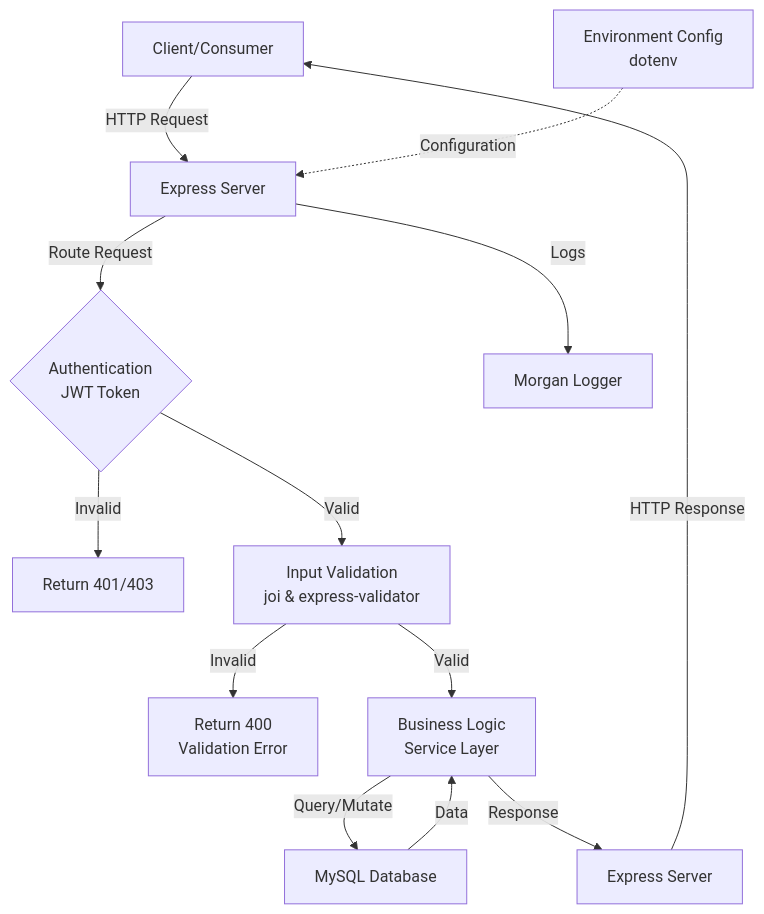
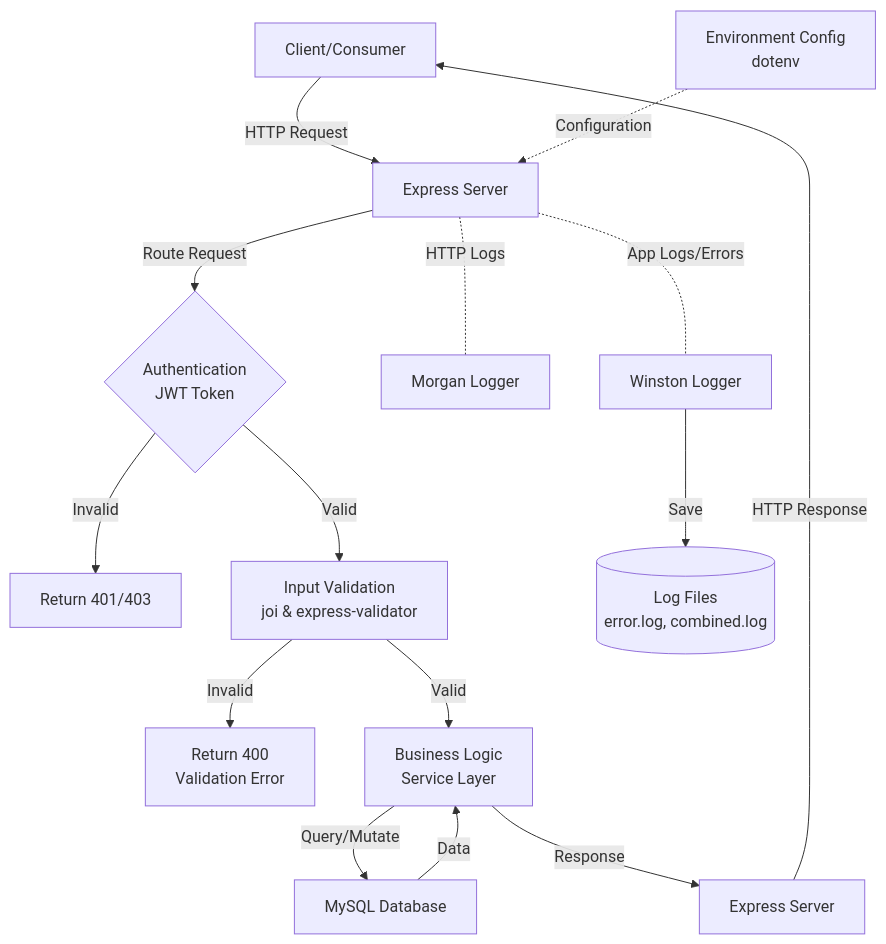
The diagram in ARCHITECTURE.md (philipmagar/taskflow), drawn with Mermaid before and after one commit. The commit also changed other lines of this file, not shown here.

Commit message:
Update ARCHITECTURE.md with Winston logging and system flow

````diff
--- a/ARCHITECTURE.md
+++ b/ARCHITECTURE.md
@@ -49,15 +51,17 @@
 ```mermaid
 graph TD
     A[Client/Consumer] -->|HTTP Request| B[Express Server]
     B -->|Route Request| C{Authentication<br/>JWT Token}
     C -->|Invalid| D[Return 401/403]
     C -->|Valid| E[Input Validation<br/>joi & express-validator]
     E -->|Invalid| F[Return 400<br/>Validation Error]
     E -->|Valid| G[Business Logic<br/>Service Layer]
     G -->|Query/Mutate| H[MySQL Database]
     H -->|Data| G
     G -->|Response| I[Express Server]
     I -->|HTTP Response| A
-    B -->|Logs| J[Morgan Logger]
+    B-.-|HTTP Logs| J[Morgan Logger]
+    B-.-|App Logs/Errors| L[Winston Logger]
+    L -->|Save| M[(Log Files<br/>error.log, combined.log)]
     K[Environment Config<br/>dotenv] -.->|Configuration| B
 ```
````
